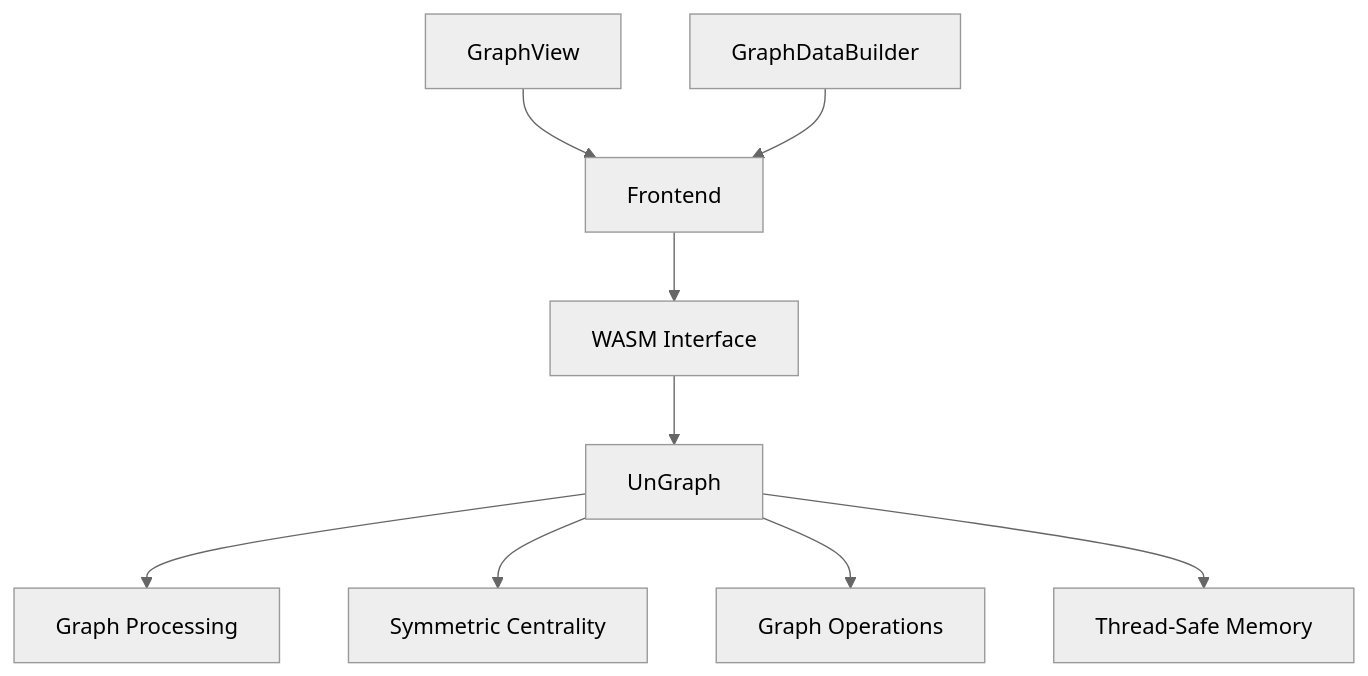
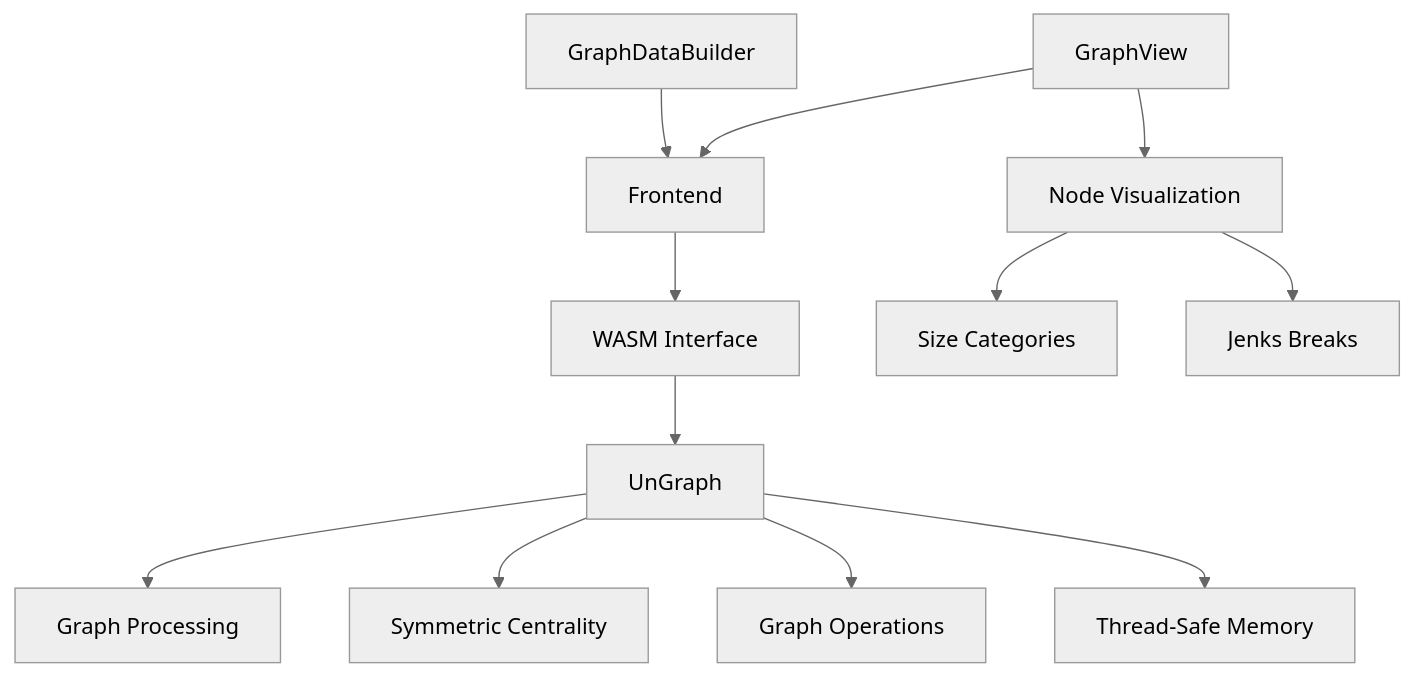
One commit to luolanaaTUD/obsidian-graph-analysis changed the first of 2 diagrams in memory-bank/systemPatterns.md. Above: the diagram before and after it, drawn with Mermaid (neutral theme). The commit also changed other lines of this file and 3 other files, not shown here.

Commit message:
docs: update documentation for node size visualization improvements - Update memory bank with new node size categorization details - Document UI design patterns and optimization strategies

````diff
--- a/memory-bank/systemPatterns.md
+++ b/memory-bank/systemPatterns.md
@@ -22,13 +22,17 @@
 ```mermaid
 graph TD
     A[Frontend] --> B[WASM Interface]
     B --> C[UnGraph]
     C --> D[Graph Processing]
     
     E[GraphView] --> A
     F[GraphDataBuilder] --> A
     
+    E --> J[Node Visualization]
+    J --> K[Size Categories]
+    J --> L[Jenks Breaks]
+    
     C --> G[Symmetric Centrality]
     C --> H[Graph Operations]
     C --> I[Thread-Safe Memory]
 ```
````
